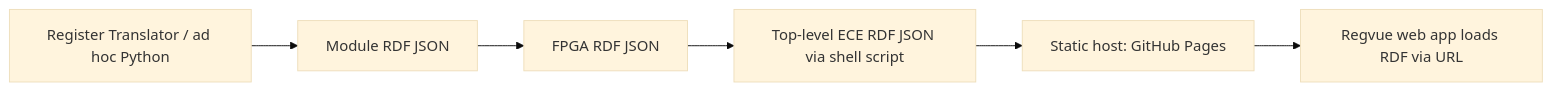
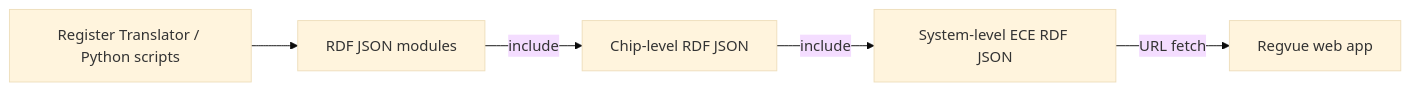
One commit to nemo99007/yt-paper changed the diagram in docs/papers/ref-20261018-5ce8-regvue-modern-hardwaresoftware-interface-hsi-documentation.md. Above: the diagram before and after it, drawn with Mermaid (base theme). The commit also changed other lines of this file and 172 other files, not shown here.

````diff
--- a/docs/papers/ref-20261018-5ce8-regvue-modern-hardwaresoftware-interface-hsi-documentation.md
+++ b/docs/papers/ref-20261018-5ce8-regvue-modern-hardwaresoftware-interface-hsi-documentation.md
@@ -225,8 +212,7 @@
 ```mermaid
 flowchart LR
-  A[Register Translator / ad hoc Python] --> B[Module RDF JSON]
-  B --> C[FPGA RDF JSON]
-  C --> D[Top-level ECE RDF JSON via shell script]
-  D --> E[Static host: GitHub Pages]
-  E --> F[Regvue web app loads RDF via URL]
+  A[Register Translator / Python scripts] --> B[RDF JSON modules]
+  B -->|include| C[Chip-level RDF JSON]
+  C -->|include| D[System-level ECE RDF JSON]
+  D -->|URL fetch| E[Regvue web app]
 ```
````
